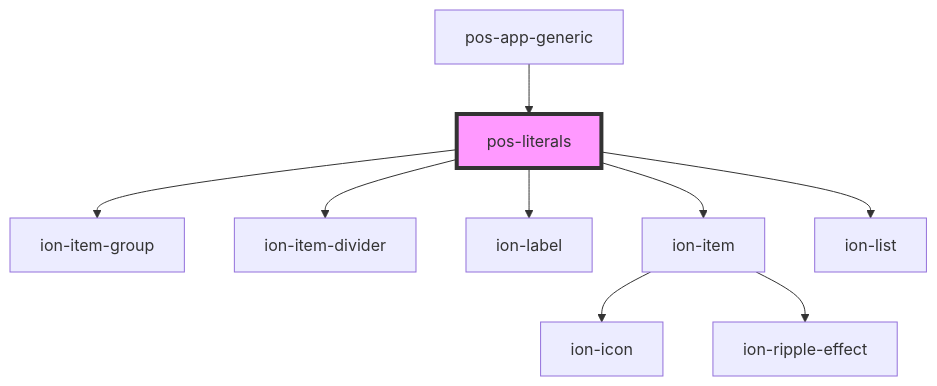
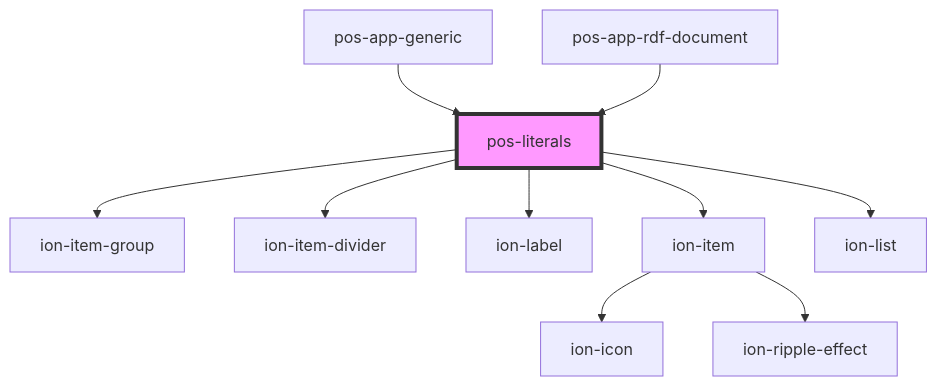
Before and after one commit to pod-os/PodOS: the diagram in docs/elements/components/pos-literals/readme.md, drawn with Mermaid. The commit also changed other lines of this file and 7 other files, not shown here.

````diff
--- a/docs/elements/components/pos-literals/readme.md
+++ b/docs/elements/components/pos-literals/readme.md
@@ -30,12 +31,13 @@
 ```mermaid
 graph TD;
   pos-literals --> ion-item-group
   pos-literals --> ion-item-divider
   pos-literals --> ion-label
   pos-literals --> ion-item
   pos-literals --> ion-list
   ion-item --> ion-icon
   ion-item --> ion-ripple-effect
   pos-app-generic --> pos-literals
+  pos-app-rdf-document --> pos-literals
   style pos-literals fill:#f9f,stroke:#333,stroke-width:4px
 ```
````
